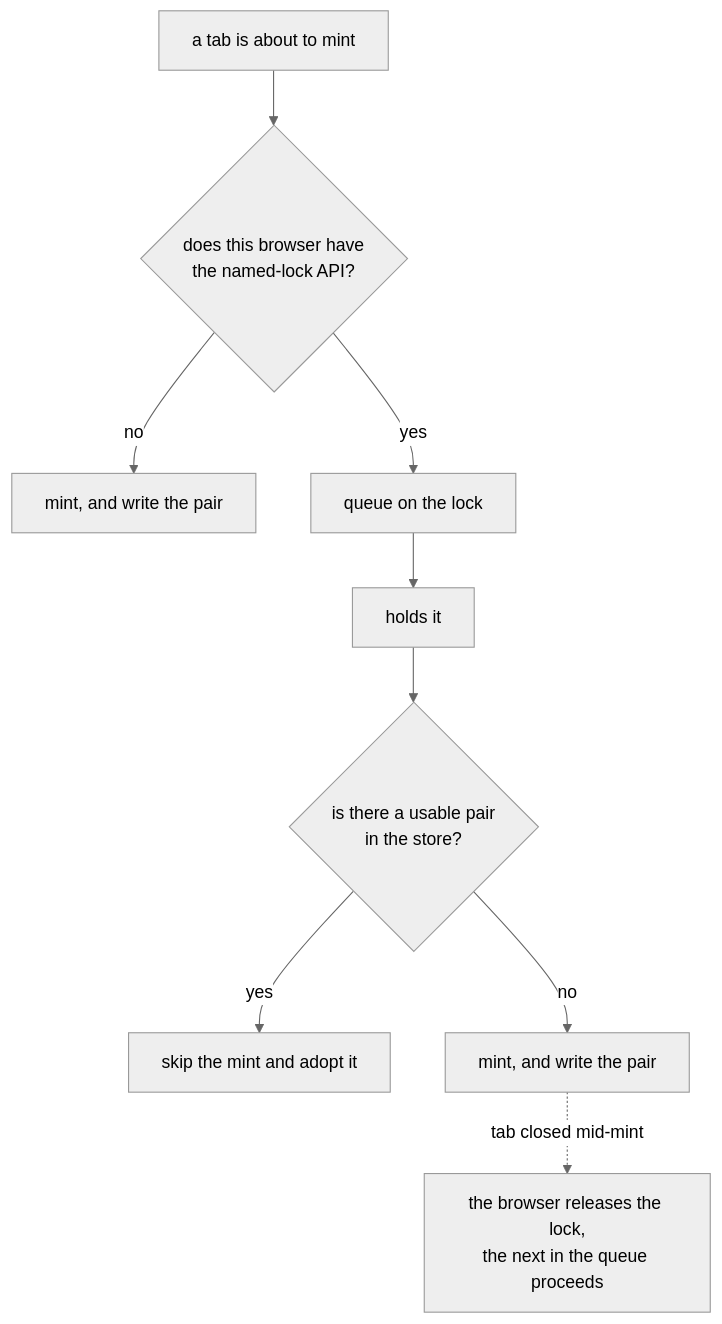
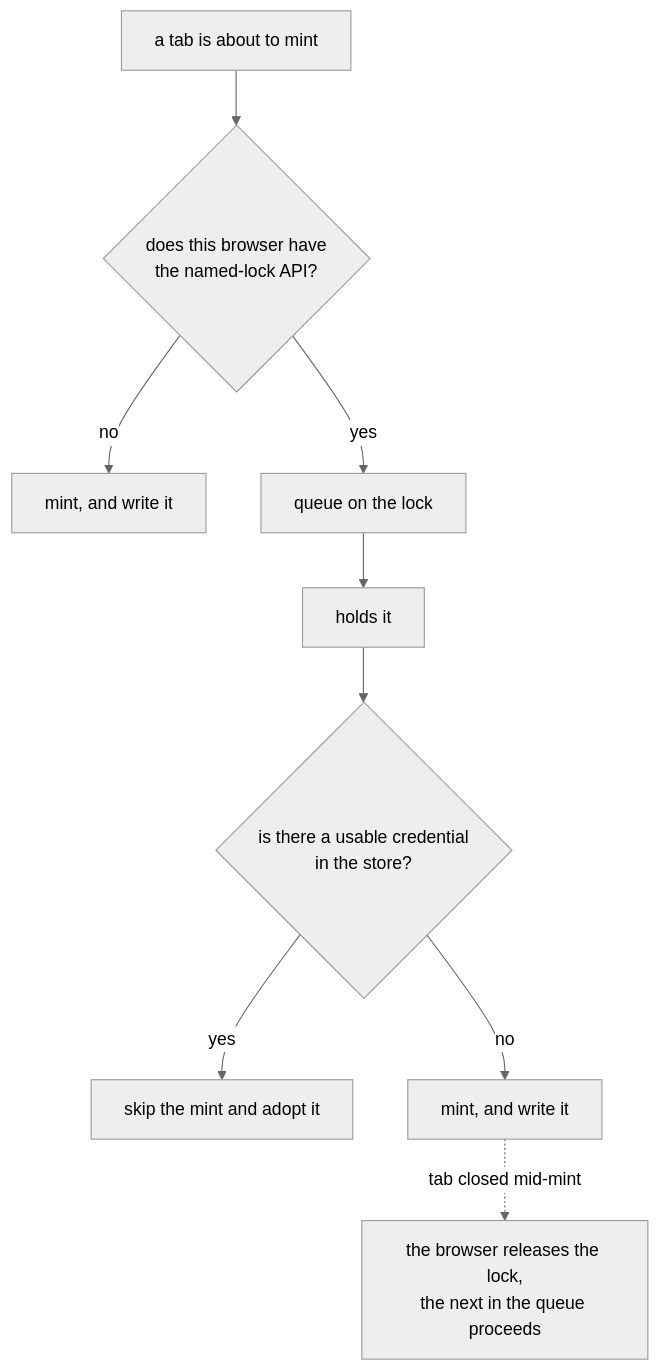
The fourth of 5 diagrams in docs/ongoing/client-app-sessions.md (dfinity/internet-identity), drawn with Mermaid (neutral theme) before and after one commit. The commit also changed other lines of this file and 1 other file, not shown here.

First line of the commit message:
docs: one credential store, and a published status beside it

````diff
--- a/docs/ongoing/client-app-sessions.md
+++ b/docs/ongoing/client-app-sessions.md
@@ -253,11 +267,11 @@
 ```mermaid
 flowchart TD
     N["a tab is about to mint"] --> L{"does this browser have<br/>the named-lock API?"}
-    L -->|no| M1["mint, and write the pair"]
+    L -->|no| M1["mint, and write it"]
     L -->|yes| Q["queue on the lock"]
     Q --> H["holds it"]
-    H --> R{"is there a usable pair<br/>in the store?"}
+    H --> R{"is there a usable credential<br/>in the store?"}
     R -->|yes| S["skip the mint and adopt it"]
-    R -->|no| M2["mint, and write the pair"]
+    R -->|no| M2["mint, and write it"]
     M2 -.->|tab closed mid-mint| RL["the browser releases the lock,<br/>the next in the queue proceeds"]
 ```
````
